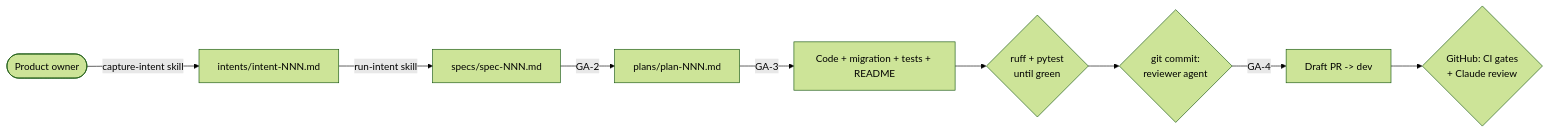
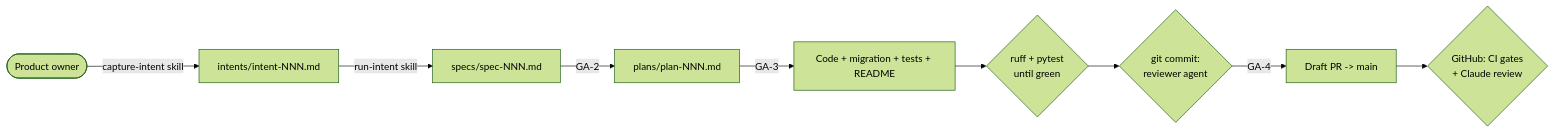
One commit to robinbeaudet/ai-native-sdlc-demo changed the diagram in README.md. Above: the diagram before and after it, drawn with Mermaid (forest theme). The commit also changed other lines of this file and 7 other files, not shown here.

Commit message:
chore: drop the dev branch; feature branches merge into main via PR

````diff
--- a/README.md
+++ b/README.md
@@ -129,11 +129,11 @@
 ```mermaid
 flowchart LR
     PO([Product owner]) -->|capture-intent skill| I[intents/intent-NNN.md]
     I -->|run-intent skill| S[specs/spec-NNN.md]
     S -->|GA-2| P[plans/plan-NNN.md]
     P -->|GA-3| C[Code + migration + tests + README]
     C --> V{ruff + pytest<br/>until green}
     V --> R{git commit:<br/>reviewer agent}
-    R -->|GA-4| PR[Draft PR -> dev]
+    R -->|GA-4| PR[Draft PR -> main]
     PR --> G{GitHub: CI gates<br/>+ Claude review}
 ```
````
